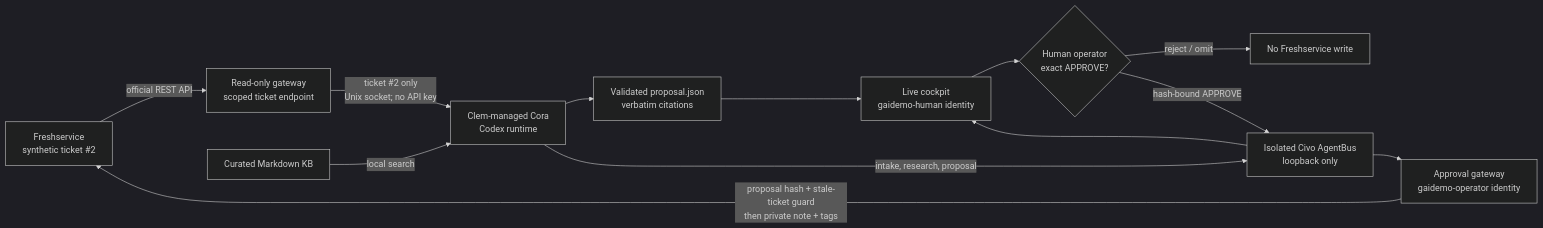
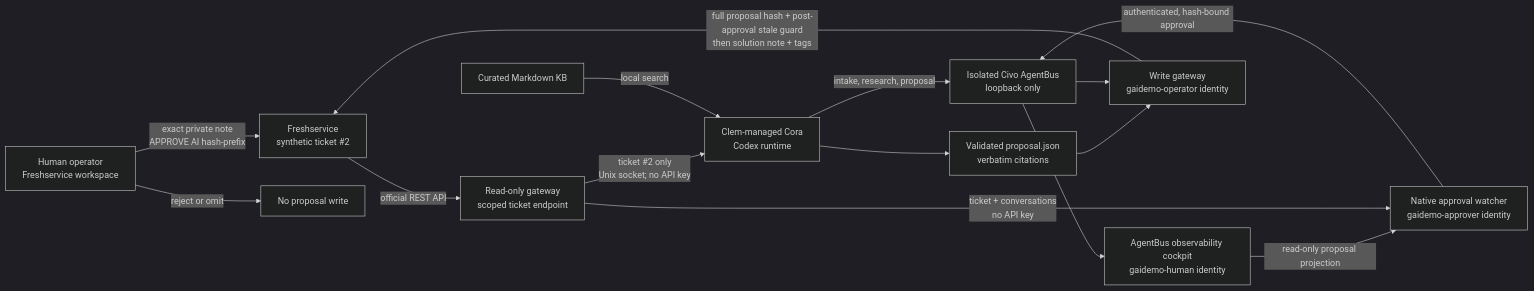
One commit to jahwag/general-ai-agent-demo changed the diagram in docs/architecture.md. Above: the diagram before and after it, drawn with Mermaid (dark theme). The commit also changed other lines of this file and 20 other files, not shown here.

Commit message:
Move demo approval into Freshservice

````diff
--- a/docs/architecture.md
+++ b/docs/architecture.md
@@ -3,25 +3,28 @@
 ```mermaid
 flowchart LR
-    FS[Freshservice\nsynthetic ticket #2]
-    RG[Read-only gateway\nscoped ticket endpoint]
-    C[Clem-managed Cora\nCodex runtime]
-    KB[Curated Markdown KB]
-    P[Validated proposal.json\nverbatim citations]
-    AB[Isolated Civo AgentBus\nloopback only]
-    UI[Live cockpit\ngaidemo-human identity]
-    H{Human operator\nexact APPROVE?}
-    W[Approval gateway\ngaidemo-operator identity]
+  FS[Freshservice\nsynthetic ticket #2]
+  RG[Read-only gateway\nscoped ticket endpoint]
+  C[Clem-managed Cora\nCodex runtime]
+  KB[Curated Markdown KB]
+  P[Validated proposal.json\nverbatim citations]
+  AB[Isolated Civo AgentBus\nloopback only]
+  UI[AgentBus observability cockpit\ngaidemo-human identity]
+  A[Native approval watcher\ngaidemo-approver identity]
+  H[Human operator\nFreshservice workspace]
+  W[Write gateway\ngaidemo-operator identity]
 
-    FS -->|official REST API| RG
-    RG -->|ticket #2 only\nUnix socket; no API key| C
-    KB -->|local search| C
-    C --> P
-    C -->|intake, research, proposal| AB
-    AB --> UI
-    P --> UI
-    UI --> H
-    H -->|reject / omit| X[No Freshservice write]
-    H -->|hash-bound APPROVE| AB
-    AB --> W
-    W -->|proposal hash + stale-ticket guard\nthen private note + tags| FS
+  FS -->|official REST API| RG
+  RG -->|ticket #2 only\nUnix socket; no API key| C
+  KB -->|local search| C
+  C --> P
+  C -->|intake, research, proposal| AB
+  AB --> UI
+  UI -->|read-only proposal projection| A
+  H -->|exact private note\nAPPROVE AI hash-prefix| FS
+  RG -->|ticket + conversations\nno API key| A
+  A -->|authenticated, hash-bound approval| AB
+  H -->|reject or omit| X[No proposal write]
+  P --> W
+  AB --> W
+  W -->|full proposal hash + post-approval stale guard\nthen solution note + tags| FS
 ```
````
